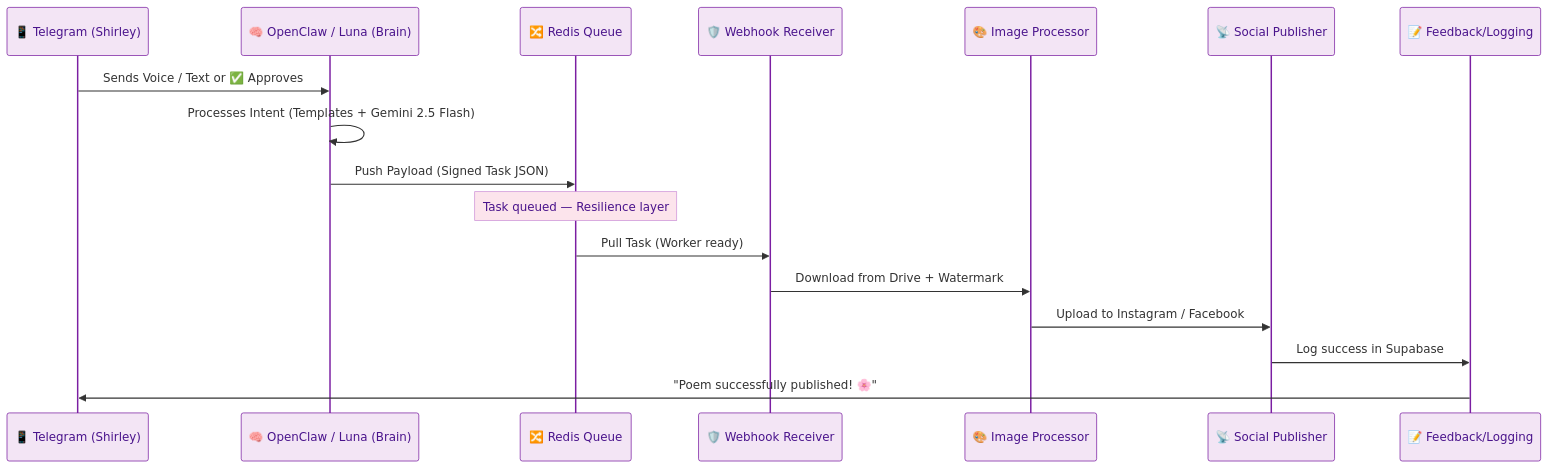
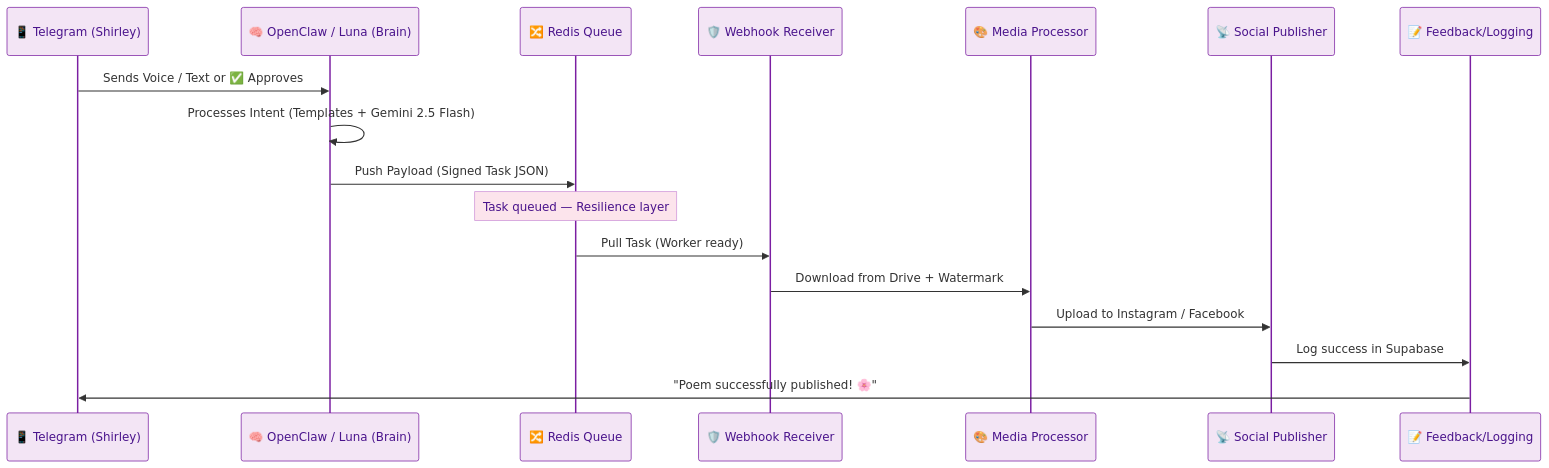
One commit to aleocampodev/LobsterMarketing changed the second of 3 diagrams in specs/architecture.md. Above: the diagram before and after it, drawn with Mermaid. The commit also changed other lines of this file and 2 other files, not shown here.

Commit message:
docs: rename to Media Processor, add explicit video support and daily heartbeat (v2.3)

````diff
--- a/specs/architecture.md
+++ b/specs/architecture.md
@@ -103,33 +104,33 @@
 ```mermaid
 %%{init: {'theme': 'base', 'themeVariables': {
   'actorTextColor': '#4A148C',
   'actorBorder': '#7B1FA2',
   'actorBkg': '#F3E5F5',
   'activationBorderColor': '#F57F17',
   'activationBkgColor': '#FFF8E1',
   'sequenceNumberColor': '#4A148C',
   'noteBorderColor': '#CE93D8',
   'noteBkgColor': '#FCE4EC',
   'noteTextColor': '#4A148C',
   'labelTextColor': '#4A148C',
   'loopTextColor': '#F57F17'
 }}}%%
 sequenceDiagram
     participant T as 📱 Telegram (Shirley)
     participant O as 🧠 OpenClaw / Luna (Brain)
     participant R as 🔀 Redis Queue
     participant W as 🛡️ Webhook Receiver
-    participant IP as 🎨 Image Processor
+    participant MP as 🎨 Media Processor
     participant SP as 📡 Social Publisher
     participant FL as 📝 Feedback/Logging
 
     T->>O: Sends Voice / Text or ✅ Approves
     O->>O: Processes Intent (Templates + Gemini 2.5 Flash)
     O->>R: Push Payload (Signed Task JSON)
     Note over R: Task queued — Resilience layer
     R->>W: Pull Task (Worker ready)
-    W->>IP: Download from Drive + Watermark
-    IP->>SP: Upload to Instagram / Facebook
+    W->>MP: Download from Drive + Watermark
+    MP->>SP: Upload to Instagram / Facebook
     SP->>FL: Log success in Supabase
     FL->>T: "Poem successfully published! 🌸"
 ```
````
